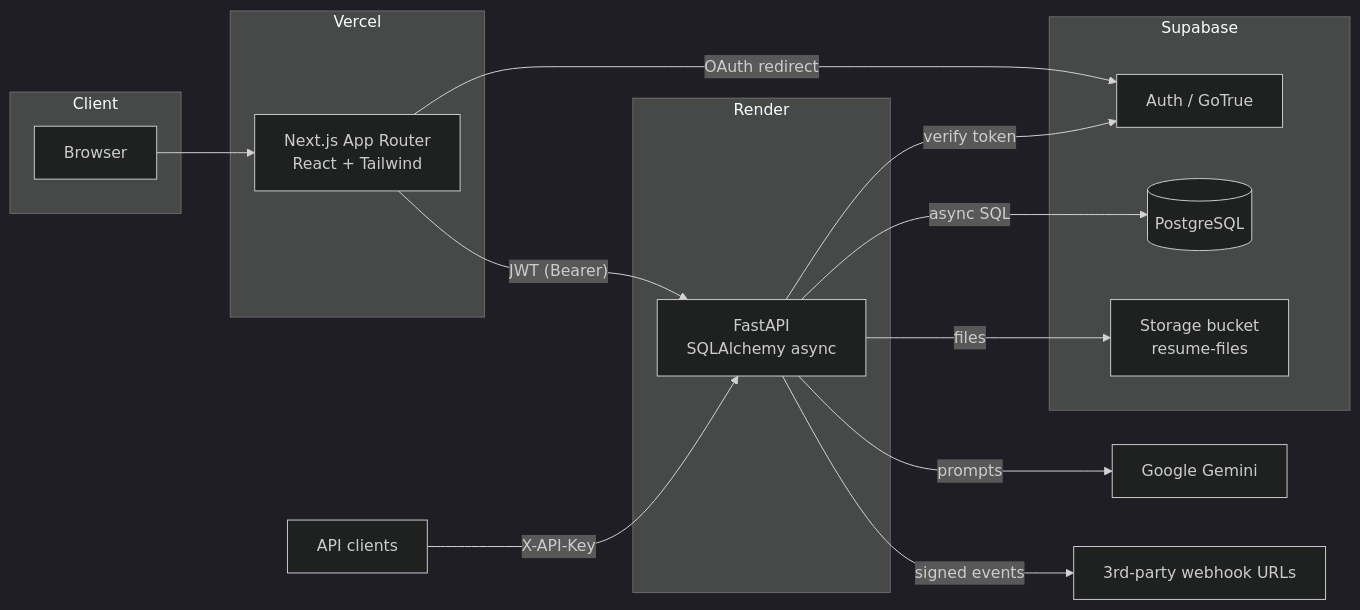
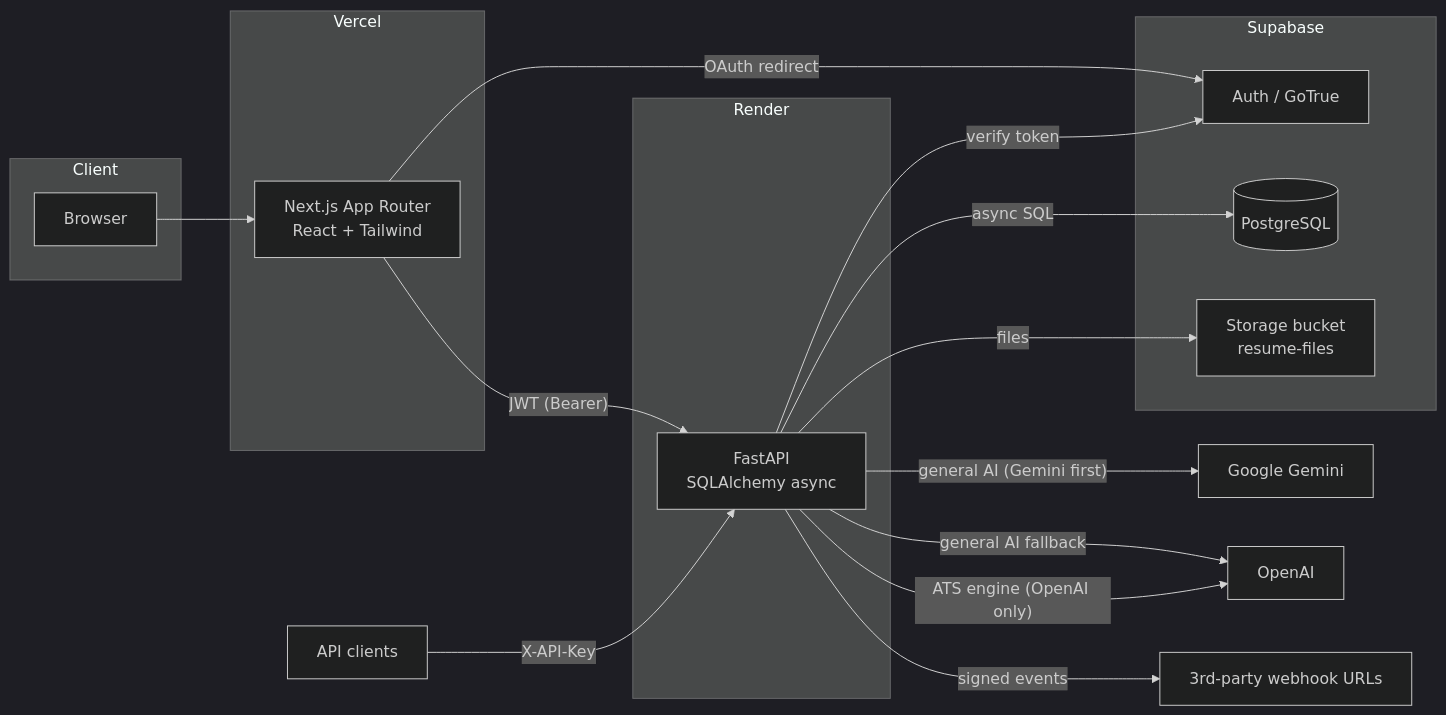
One commit to iksula-123/resumeAI changed the second of 5 diagrams in docs/ARCHITECTURE.md. Above: the diagram before and after it, drawn with Mermaid (dark theme). The commit also changed other lines of this file and 98 other files, not shown here.

````diff
--- a/docs/ARCHITECTURE.md
+++ b/docs/ARCHITECTURE.md
@@ -9,29 +30,32 @@
 ```mermaid
 flowchart LR
     subgraph Client
       B[Browser]
     end
     subgraph Vercel
-      FE[Next.js App Router<br/>React + Tailwind]
+      FE["Next.js App Router<br/>React + Tailwind"]
     end
     subgraph Render
-      API[FastAPI<br/>SQLAlchemy async]
+      API["FastAPI<br/>SQLAlchemy async"]
     end
     subgraph Supabase
       AUTH[Auth / GoTrue]
       DB[(PostgreSQL)]
-      ST[Storage bucket<br/>resume-files]
+      ST["Storage bucket<br/>resume-files"]
     end
     GEM[Google Gemini]
+    OAI[OpenAI]
     EXT[3rd-party webhook URLs]
 
     B --> FE
     FE -->|"JWT (Bearer)"| API
-    FE -->|"OAuth redirect"| AUTH
+    FE -->|OAuth redirect| AUTH
     API -->|verify token| AUTH
     API -->|async SQL| DB
     API -->|files| ST
-    API -->|prompts| GEM
-    API -->|"signed events"| EXT
-    Ext2[API clients] -->|"X-API-Key"| API
+    API -->|"general AI (Gemini first)"| GEM
+    API -->|"general AI fallback"| OAI
+    API -->|"ATS engine (OpenAI only)"| OAI
+    API -->|signed events| EXT
+    Ext2[API clients] -->|X-API-Key| API
 ```
````
